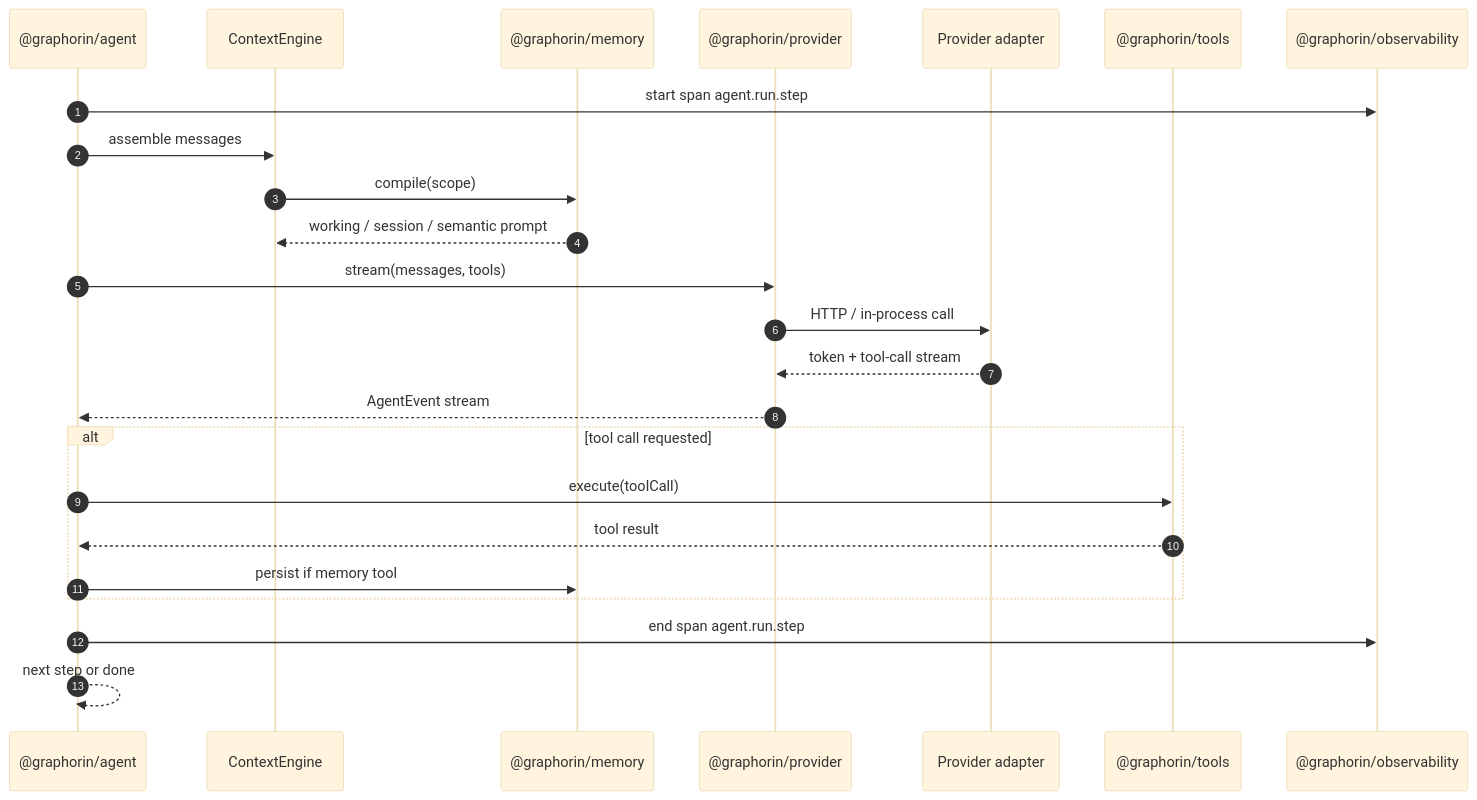
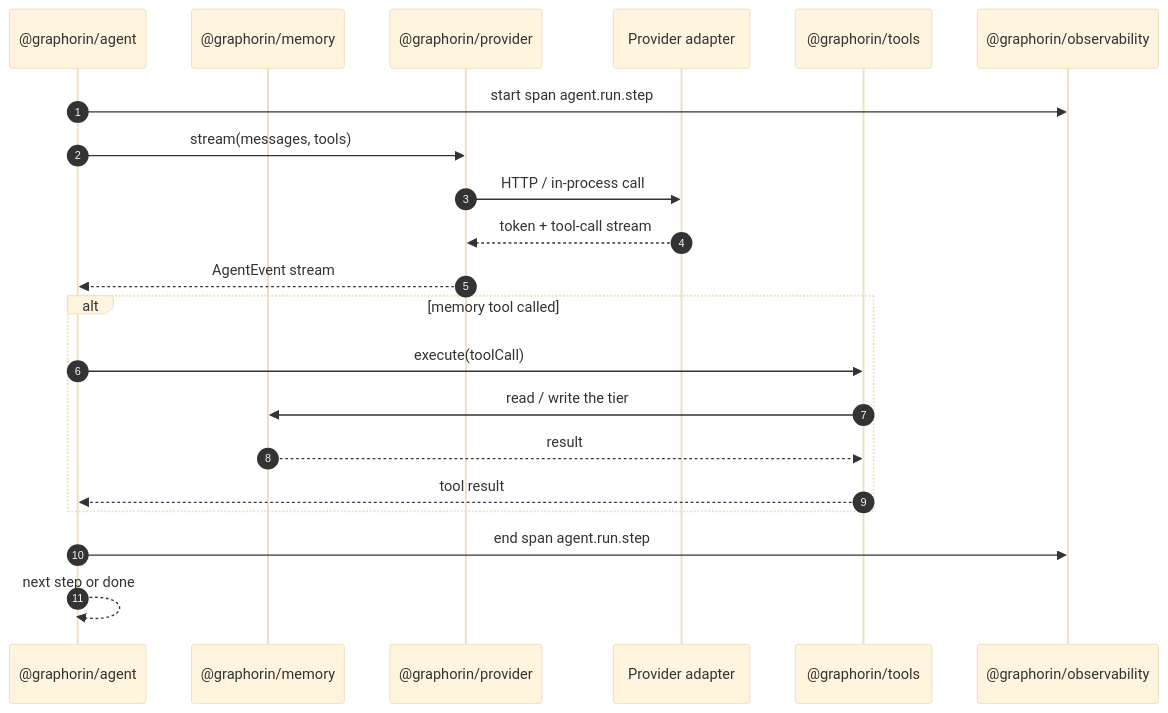
The third of 3 diagrams in documentation/guide/architecture.md (o-stepper/graphorin), drawn with Mermaid (base theme) before and after one commit. The commit also changed other lines of this file and 111 other files, not shown here.

````diff
--- a/documentation/guide/architecture.md
+++ b/documentation/guide/architecture.md
@@ -105,27 +105,24 @@
 ```mermaid
 sequenceDiagram
     autonumber
     participant Agent as @graphorin/agent
-    participant ContextEngine as ContextEngine
     participant Memory as @graphorin/memory
     participant Provider as @graphorin/provider
     participant LLM as Provider adapter
     participant Tools as @graphorin/tools
     participant Tracer as @graphorin/observability
 
     Agent->>Tracer: start span agent.run.step
-    Agent->>ContextEngine: assemble messages
-    ContextEngine->>Memory: compile(scope)
-    Memory-->>ContextEngine: working / session / semantic prompt
     Agent->>Provider: stream(messages, tools)
     Provider->>LLM: HTTP / in-process call
     LLM-->>Provider: token + tool-call stream
     Provider-->>Agent: AgentEvent stream
-    alt tool call requested
+    alt memory tool called
         Agent->>Tools: execute(toolCall)
+        Tools->>Memory: read / write the tier
+        Memory-->>Tools: result
         Tools-->>Agent: tool result
-        Agent->>Memory: persist if memory tool
     end
     Agent->>Tracer: end span agent.run.step
     Agent-->>Agent: next step or done
 ```
````
